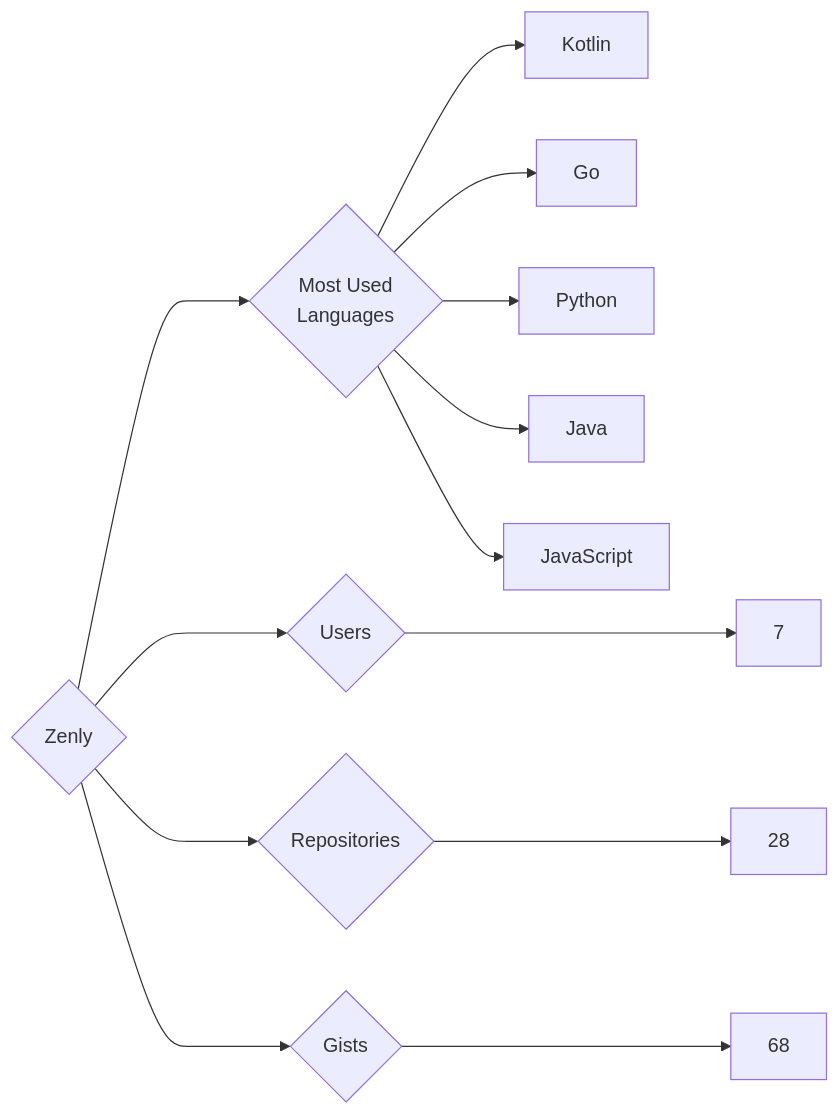
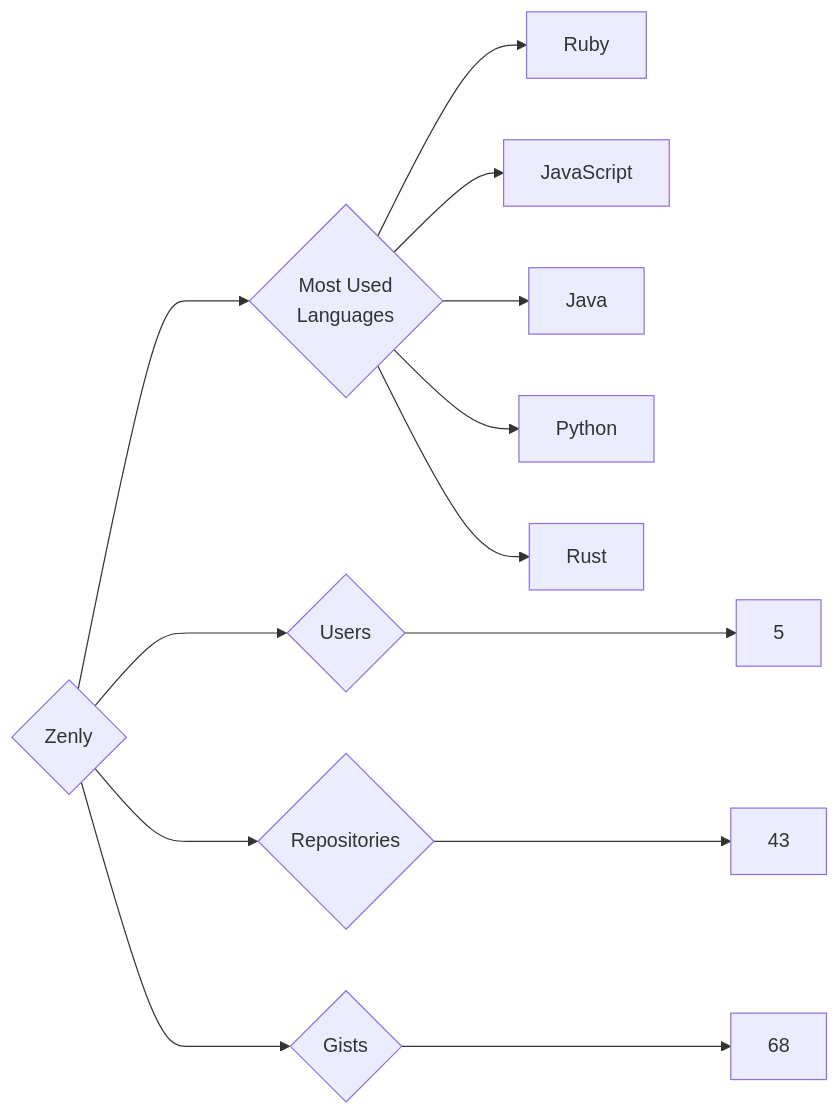
Before and after one commit to trickest/insiders: the diagram in targets/Zenly/README.md, drawn with Mermaid. The commit also changed 597 other files, not shown here.

````diff
--- a/targets/Zenly/README.md
+++ b/targets/Zenly/README.md
@@ -3,13 +3,13 @@
 ```mermaid
 graph LR
 COMPANY_NAME{Zenly}
-COMPANY_NAME ---> U{Users} ---> UN[7]
-COMPANY_NAME ---> R{Repositories} ---> RN[28]
+COMPANY_NAME ---> U{Users} ---> UN[5]
+COMPANY_NAME ---> R{Repositories} ---> RN[43]
 COMPANY_NAME ---> G{Gists} ---> GN[68]
 COMPANY_NAME ---> ML{Most Used<br>Languages}
-ML --> Kotlin[Kotlin]
-ML --> Go[Go]
+ML --> Ruby[Ruby]
+ML --> JavaScript[JavaScript]
+ML --> Java[Java]
 ML --> Python[Python]
-ML --> Java[Java]
-ML --> JavaScript[JavaScript]
+ML --> Rust[Rust]
 ```
````
